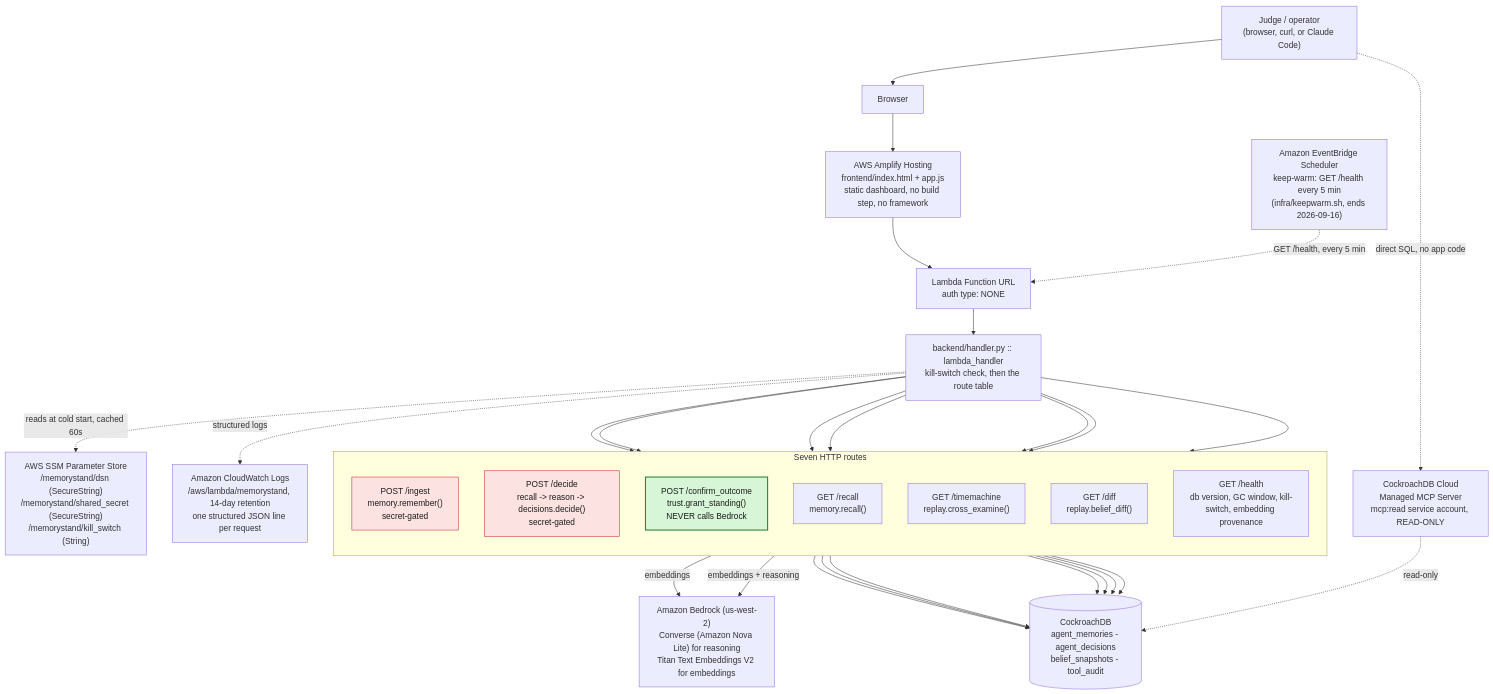
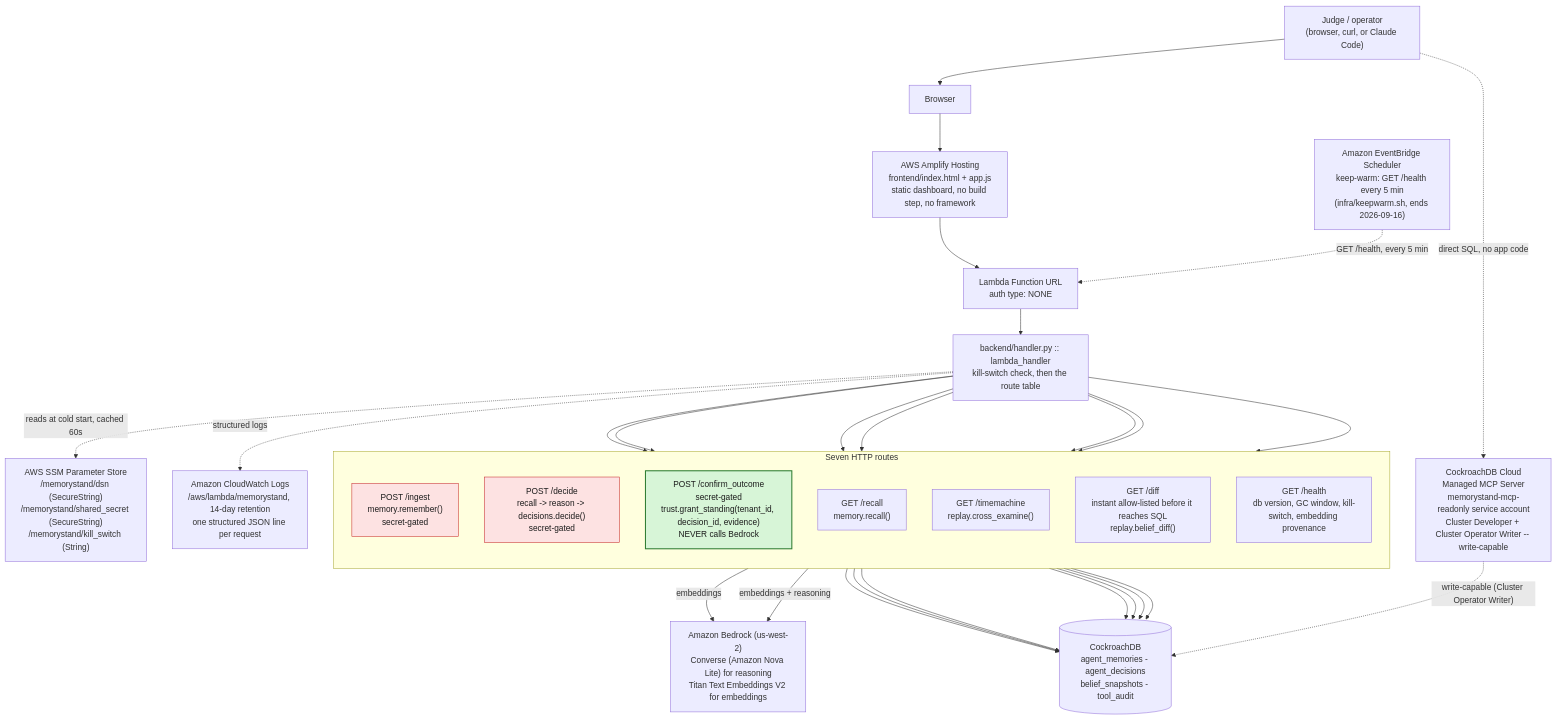
The first of 2 diagrams in ARCHITECTURE.md (tomyimkc/memorystand), drawn with Mermaid before and after one commit. The commit also changed other lines of this file and 11 other files, not shown here.

````diff
--- a/ARCHITECTURE.md
+++ b/ARCHITECTURE.md
@@ -9,52 +9,52 @@
 ```mermaid
 flowchart TB
     Judge["Judge / operator<br/>(browser, curl, or Claude Code)"]
     Browser["Browser"]
     Amplify["AWS Amplify Hosting<br/>frontend/index.html + app.js<br/>static dashboard, no build step, no framework"]
     FnURL["Lambda Function URL<br/>auth type: NONE"]
     Handler["backend/handler.py :: lambda_handler<br/>kill-switch check, then the route table"]
 
     subgraph Routes["Seven HTTP routes"]
         direction TB
         Ingest["POST /ingest<br/>memory.remember()<br/>secret-gated"]
         Decide["POST /decide<br/>recall -> reason -> decisions.decide()<br/>secret-gated"]
-        Confirm["POST /confirm_outcome<br/>trust.grant_standing()<br/>NEVER calls Bedrock"]
+        Confirm["POST /confirm_outcome<br/>secret-gated<br/>trust.grant_standing(tenant_id, decision_id, evidence)<br/>NEVER calls Bedrock"]
         Recall["GET /recall<br/>memory.recall()"]
         TimeMachine["GET /timemachine<br/>replay.cross_examine()"]
-        Diff["GET /diff<br/>replay.belief_diff()"]
+        Diff["GET /diff<br/>instant allow-listed before it reaches SQL<br/>replay.belief_diff()"]
         Health["GET /health<br/>db version, GC window, kill-switch, embedding provenance"]
     end
 
     Bedrock["Amazon Bedrock (us-west-2)<br/>Converse (Amazon Nova Lite) for reasoning<br/>Titan Text Embeddings V2 for embeddings"]
     CRDB[("CockroachDB<br/>agent_memories - agent_decisions<br/>belief_snapshots - tool_audit")]
     SSM["AWS SSM Parameter Store<br/>/memorystand/dsn (SecureString)<br/>/memorystand/shared_secret (SecureString)<br/>/memorystand/kill_switch (String)"]
     CW["Amazon CloudWatch Logs<br/>/aws/lambda/memorystand, 14-day retention<br/>one structured JSON line per request"]
     EB["Amazon EventBridge Scheduler<br/>keep-warm: GET /health every 5 min<br/>(infra/keepwarm.sh, ends 2026-09-16)"]
-    MCP["CockroachDB Cloud<br/>Managed MCP Server<br/>mcp:read service account, READ-ONLY"]
+    MCP["CockroachDB Cloud<br/>Managed MCP Server<br/>memorystand-mcp-readonly service account<br/>Cluster Developer + Cluster Operator Writer -- write-capable"]
 
     Judge --> Browser --> Amplify --> FnURL --> Handler
     Handler --> Ingest & Decide & Confirm & Recall & TimeMachine & Diff & Health
 
     Ingest -- embeddings --> Bedrock
     Decide -- "embeddings + reasoning" --> Bedrock
 
     Ingest --> CRDB
     Decide --> CRDB
     Confirm --> CRDB
     Recall --> CRDB
     TimeMachine --> CRDB
     Diff --> CRDB
     Health --> CRDB
 
     Handler -. "reads at cold start, cached 60s" .-> SSM
     Handler -. "structured logs" .-> CW
     EB -. "GET /health, every 5 min" .-> FnURL
 
     Judge -. "direct SQL, no app code" .-> MCP
-    MCP -. "read-only" .-> CRDB
+    MCP -. "write-capable (Cluster Operator Writer)" .-> CRDB
 
     classDef modelFree fill:#d7f5d7,stroke:#2e7d32,stroke-width:2px,color:#1b1b1b
     classDef bedrockTouching fill:#fde2e2,stroke:#c62828,stroke-width:1px,color:#1b1b1b
     class Confirm modelFree
     class Ingest,Decide bedrockTouching
 ```
````
